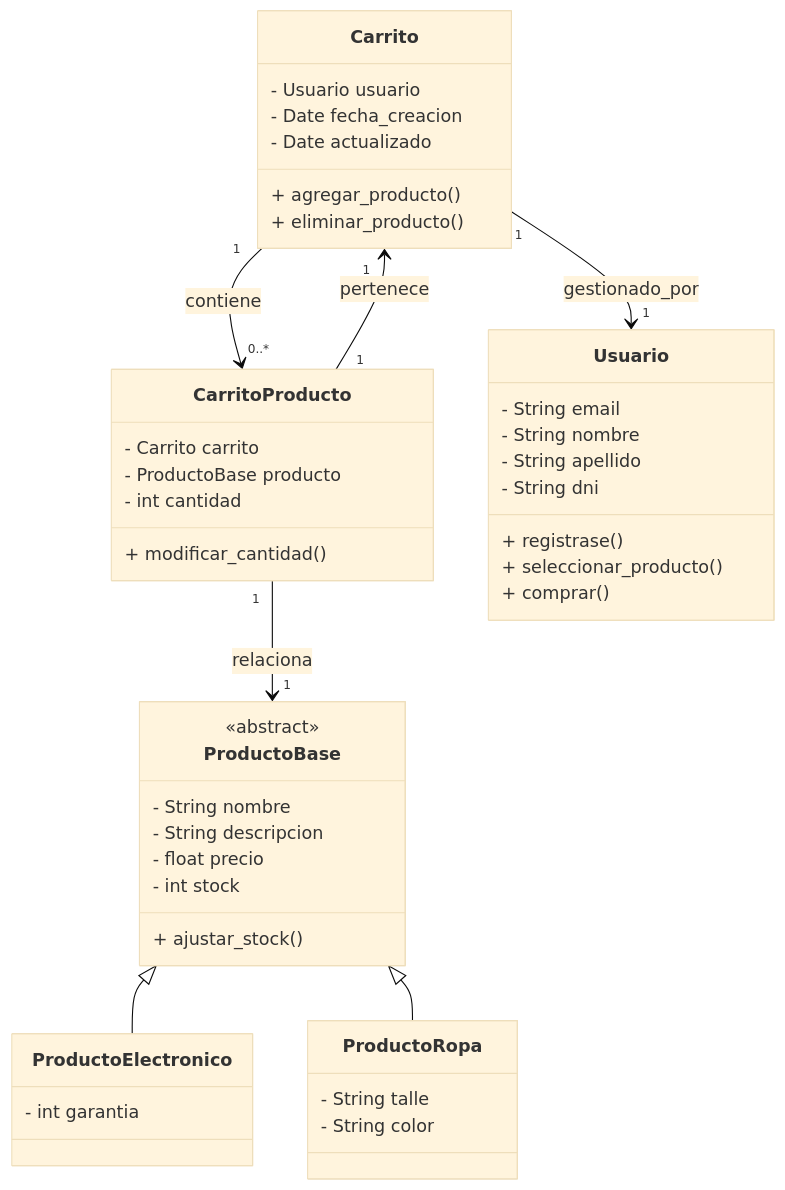
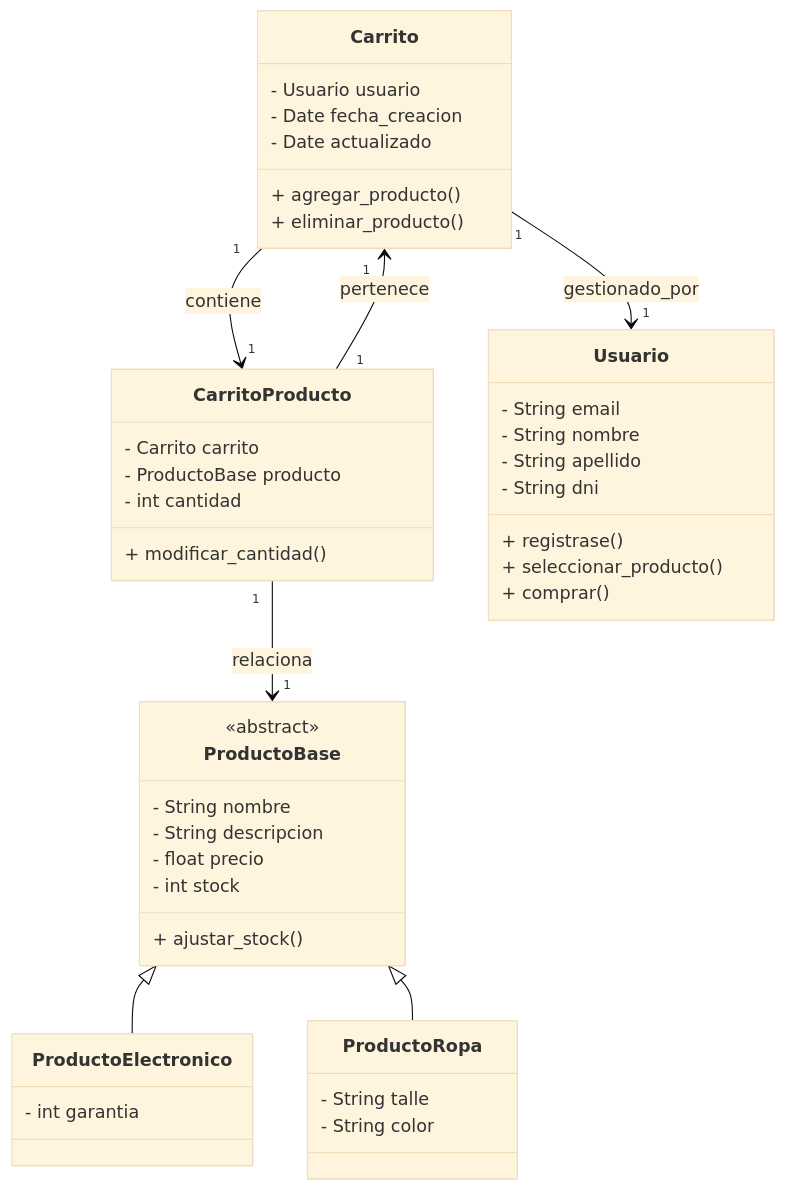
One commit to joelBonelli/TpCarritoCompras changed the first of 3 diagrams in README.md. Above: the diagram before and after it, drawn with Mermaid (base theme).

````diff
--- a/README.md
+++ b/README.md
@@ -29,55 +29,55 @@
 ```mermaid
 classDiagram
     %% Clases y Atributos
     class ProductoBase {
         <<abstract>>
         - String nombre
         - String descripcion
         - float precio
         - int stock
         + ajustar_stock()
     }
     
     class ProductoElectronico {
         - int garantia
     }
     
     class ProductoRopa {
         - String talle
         - String color
     }
 
     class Carrito {
         - Usuario usuario
         - Date fecha_creacion
         - Date actualizado
         + agregar_producto()
         + eliminar_producto()
     }
 
     class CarritoProducto {
         - Carrito carrito
         - ProductoBase producto
         - int cantidad
         + modificar_cantidad()
     }
 
     class Usuario {
         - String email
         - String nombre
         - String apellido
         - String dni
         + registrase()
         + seleccionar_producto()
         + comprar()
     }
 
     %% Relaciones
     ProductoBase <|-- ProductoElectronico
     ProductoBase <|-- ProductoRopa
-    Carrito "1" --> "0..*" CarritoProducto : contiene
+    Carrito "1" --> "1" CarritoProducto : contiene
     CarritoProducto "1" --> "1" ProductoBase : relaciona
     CarritoProducto "1" --> "1" Carrito : pertenece
     Carrito "1" --> "1" Usuario : gestionado_por
 
 ```
````
